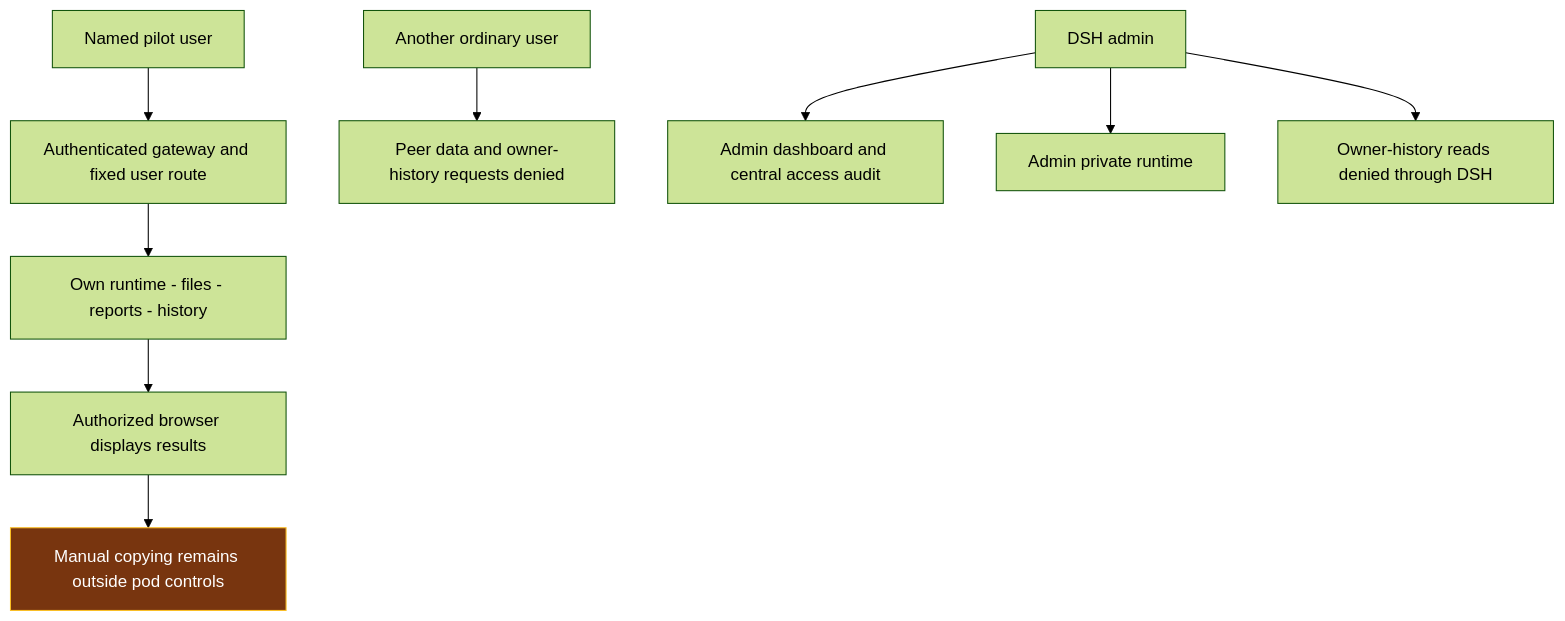
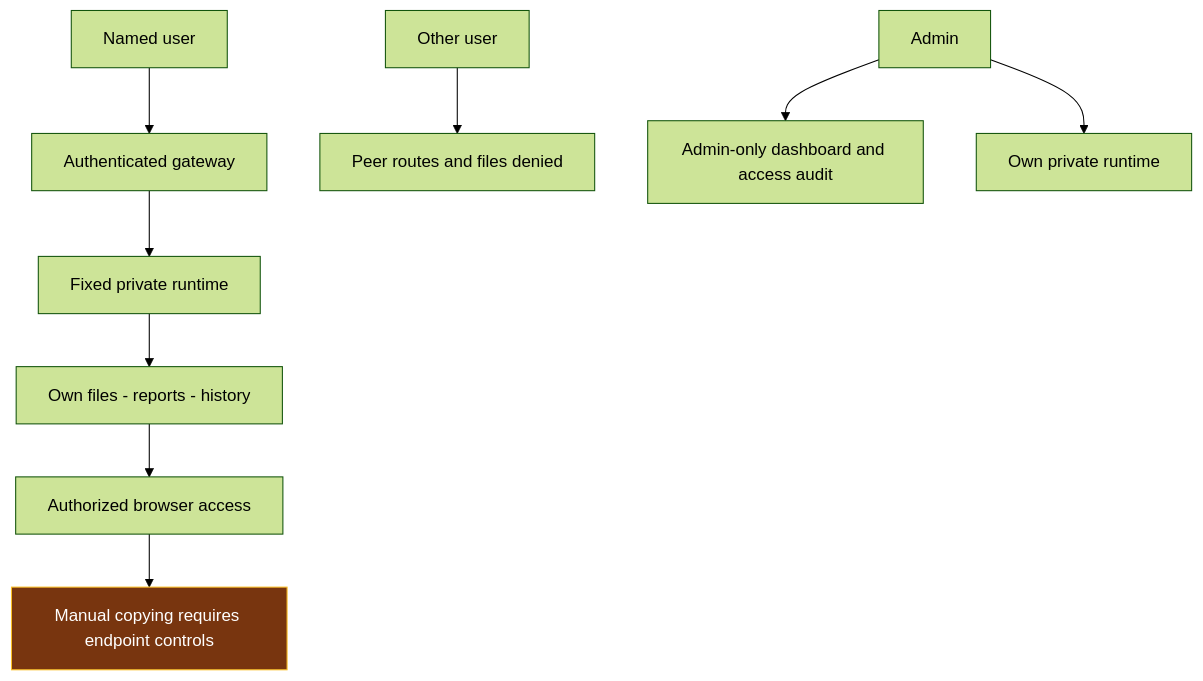
One commit to skunpoj/dsh_setup changed the third of 3 diagrams in docs/DSH_RDT_PILOT_SECURITY_CONTROL_ASSESSMENT.md. Above: the diagram before and after it, drawn with Mermaid (forest theme). The commit also changed other lines of this file and 3 other files, not shown here.

Commit message:
Rewrite DSH report exclusively around three security controls

````diff
--- a/docs/DSH_RDT_PILOT_SECURITY_CONTROL_ASSESSMENT.md
+++ b/docs/DSH_RDT_PILOT_SECURITY_CONTROL_ASSESSMENT.md
@@ -146,13 +141,13 @@
 ```mermaid
 flowchart TB
- U[Named pilot user] --> G[Authenticated gateway and fixed user route]
- G --> A[Own runtime - files - reports - history]
- X[Another ordinary user] --> N[Peer data and owner-history requests denied]
- AD[DSH admin] --> D[Admin dashboard and central access audit]
- AD --> P[Admin private runtime]
- AD --> B[Owner-history reads denied through DSH]
- A --> BR[Authorized browser displays results]
- BR --> M[Manual copying remains outside pod controls]
+ U[Named user] --> G[Authenticated gateway]
+ G --> R[Fixed private runtime]
+ R --> F[Own files - reports - history]
+ X[Other user] --> N[Peer routes and files denied]
+ A[Admin] --> D[Admin-only dashboard and access audit]
+ A --> P[Own private runtime]
+ F --> B[Authorized browser access]
+ B --> E[Manual copying requires endpoint controls]
  classDef boundary fill:#78350f,stroke:#fbbf24,color:#ffffff
- class M boundary
+ class E boundary
 ```
````
